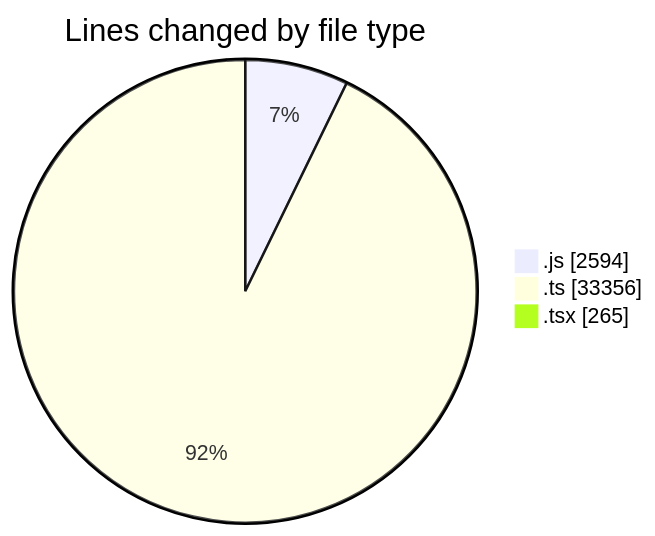
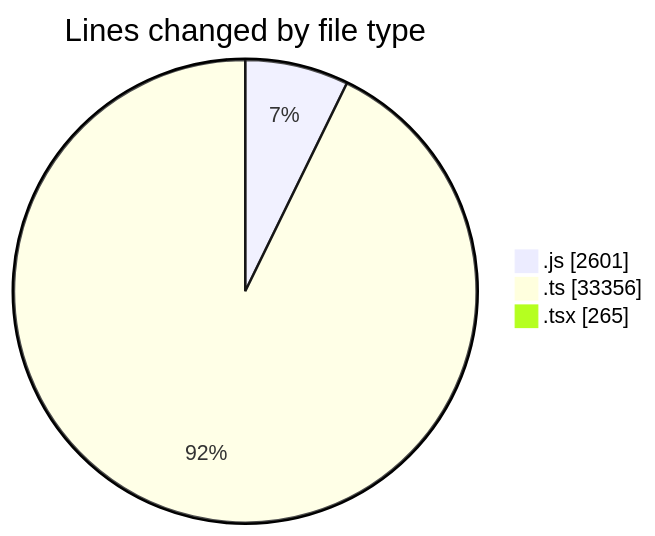
The first of 2 diagrams in 2026-02-09/cda/README.md (momahboobian/code-tracking), drawn with Mermaid before and after one commit. The commit also changed other lines of this file and 1 other file, not shown here.

````diff
--- a/2026-02-09/cda/README.md
+++ b/2026-02-09/cda/README.md
@@ -38,7 +38,7 @@
 ```mermaid
 pie showData
 title Lines changed by file type
-".js" : 2594
+".js" : 2601
 ".ts" : 33356
 ".tsx" : 265
 ```
````
